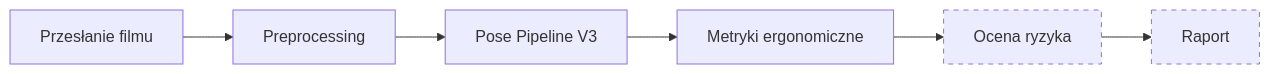
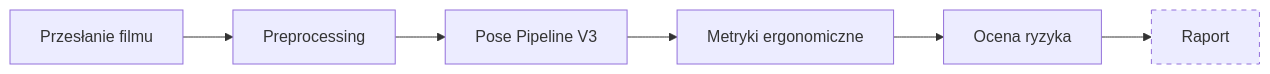
Before and after one commit to tolpamaksymilian/ergonomia-ai: the diagram in README.md, drawn with Mermaid. The commit also changed other lines of this file and 16 other files, not shown here.

````diff
--- a/README.md
+++ b/README.md
@@ -77,11 +76,10 @@
 ```mermaid
 flowchart LR
     A[Przesłanie filmu] --> B[Preprocessing]
     B --> C[Pose Pipeline V3]
     C --> D[Metryki ergonomiczne]
     D --> E[Ocena ryzyka]
     E --> F[Raport]
 
-    style E stroke-dasharray: 5 5
     style F stroke-dasharray: 5 5
 ```
````
